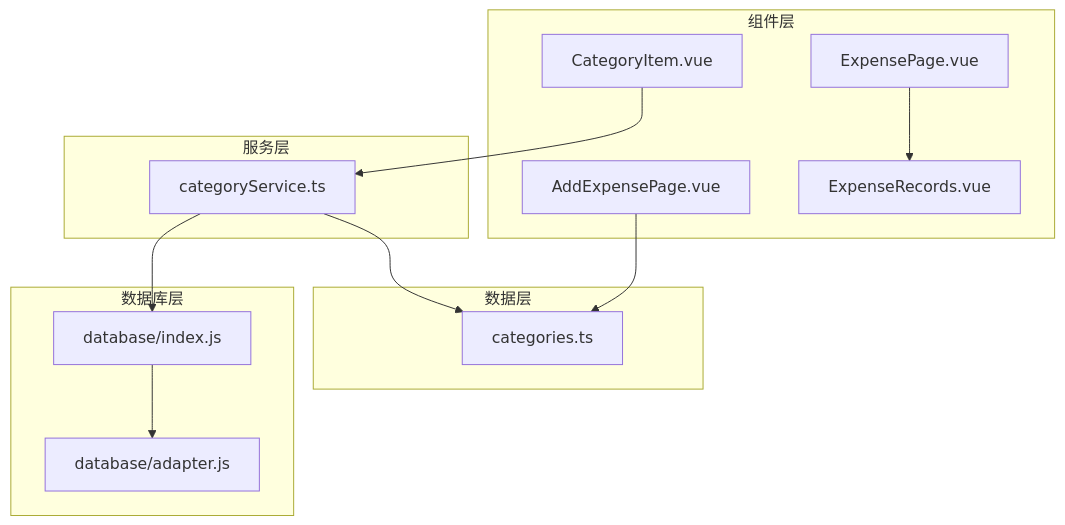
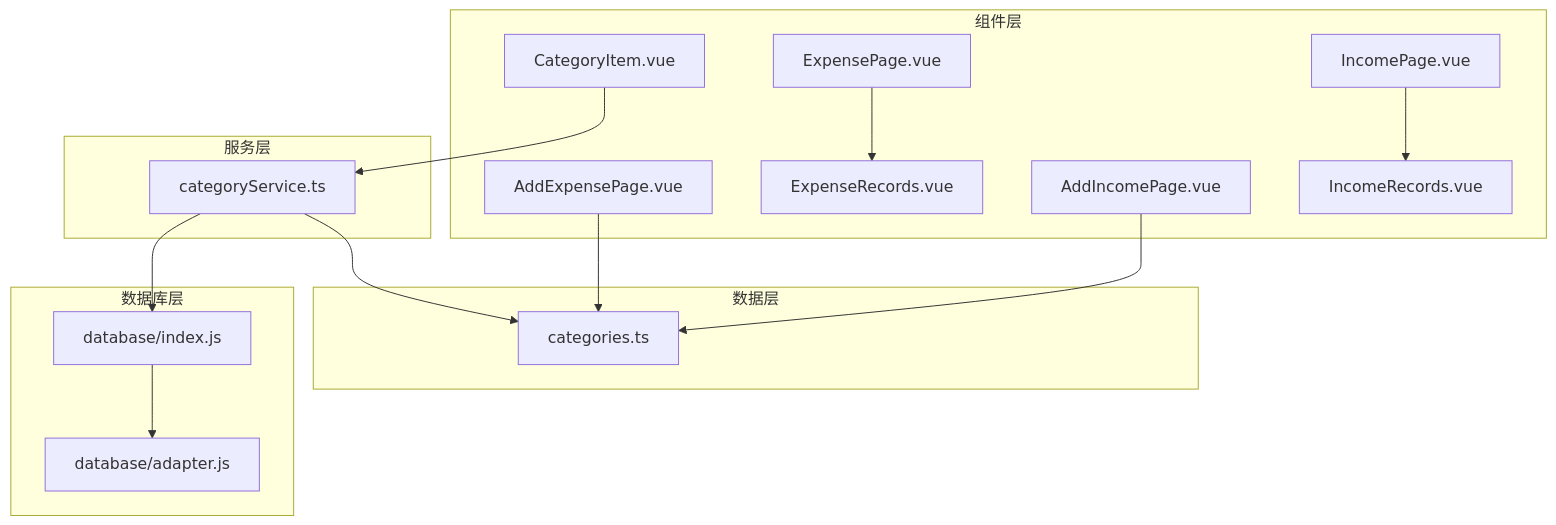
The first of 7 diagrams in .qoder/repowiki/zh/content/支出管理/分类管理.md (xiao-lin-unit/yuan), drawn with Mermaid before and after one commit. The commit also changed other lines of this file and 62 other files, not shown here.

````diff
--- a/.qoder/repowiki/zh/content/支出管理/分类管理.md
+++ b/.qoder/repowiki/zh/content/支出管理/分类管理.md
@@ -55,25 +61,30 @@
 ```mermaid
 graph TB
 subgraph "组件层"
 CI["CategoryItem.vue"]
 AEP["AddExpensePage.vue"]
 EP["ExpensePage.vue"]
 ER["ExpenseRecords.vue"]
+AIP["AddIncomePage.vue"]
+IP["IncomePage.vue"]
+IR["IncomeRecords.vue"]
 end
 subgraph "服务层"
 CS["categoryService.ts"]
 end
 subgraph "数据层"
 CAT["categories.ts"]
 end
 subgraph "数据库层"
 DBM["database/index.js"]
 ADA["database/adapter.js"]
 end
 CI --> CS
 AEP --> CAT
+AIP --> CAT
 EP --> ER
+IP --> IR
 CS --> DBM
 CS --> CAT
 DBM --> ADA
 ```
````
